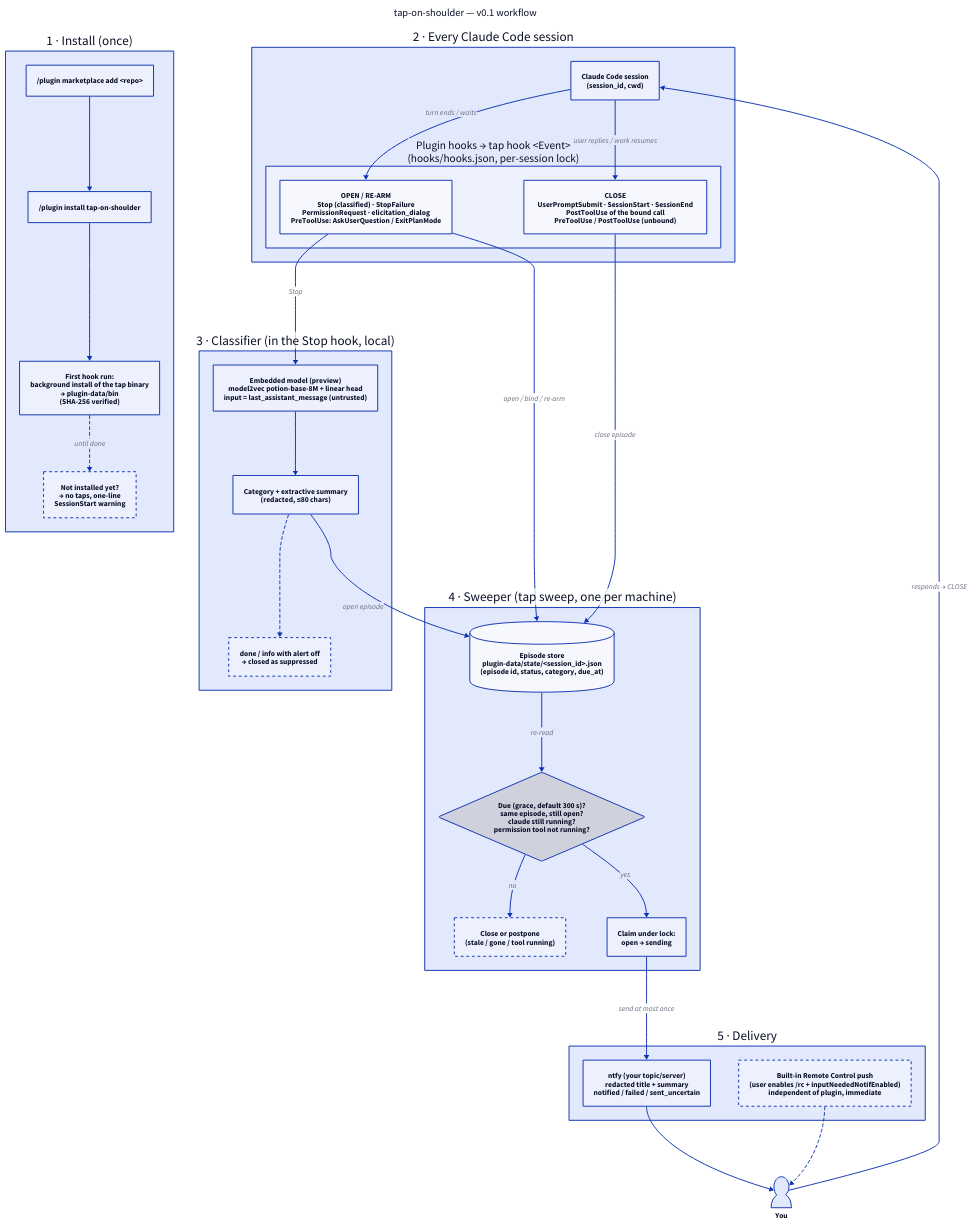
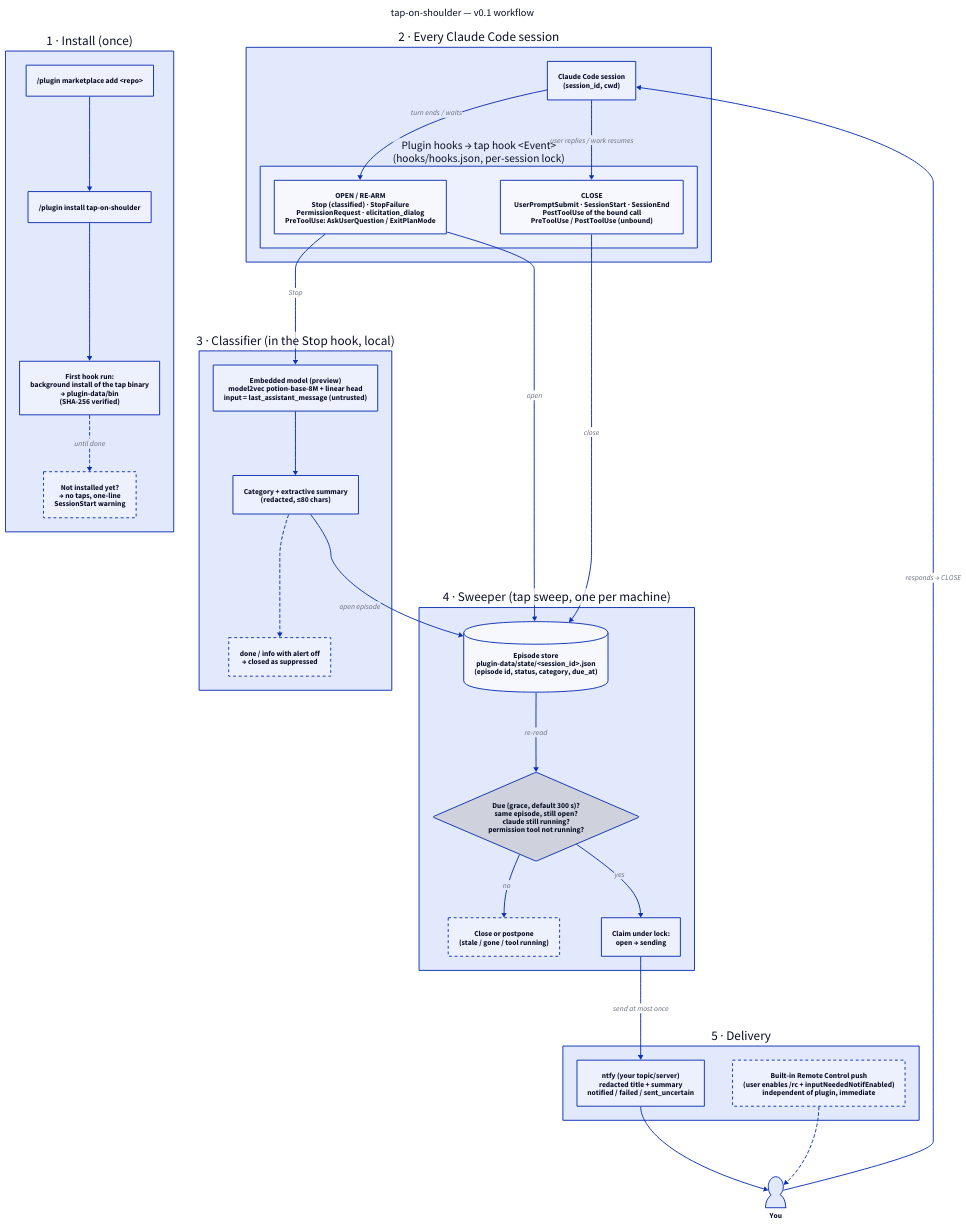
The diagram in docs/assets/workflow.d2 (karimQuant/tap-on-shoulder), drawn with D2 before and after one commit. The commit also changed 1 other file, not shown here.

Commit message:
docs: shorten overlapping workflow diagram labels

```diff
--- a/docs/assets/workflow.d2
+++ b/docs/assets/workflow.d2
@@ -1,56 +1,56 @@
 title: "tap-on-shoulder — v0.1 workflow" {near: top-center; shape: text; style.font-size: 22}
 direction: down
 
 install: "1 · Install (once)" {
   direction: right
   add: "/plugin marketplace add <repo>"
   inst: "/plugin install tap-on-shoulder"
   first: "First hook run:\nbackground install of the tap binary\n→ plugin-data/bin\n(SHA-256 verified)"
   fallback: "Not installed yet?\n→ no taps, one-line\nSessionStart warning" {style.stroke-dash: 3}
   add -> inst -> first
   first -> fallback: "until done" {style.stroke-dash: 3}
 }
 
 session: "2 · Every Claude Code session" {
   claude: "Claude Code session\n(session_id, cwd)" {shape: rectangle}
   hooks: "Plugin hooks → tap hook <Event>\n(hooks/hooks.json, per-session lock)" {
     arm: "OPEN / RE-ARM\nStop (classified) · StopFailure\nPermissionRequest · elicitation_dialog\nPreToolUse: AskUserQuestion / ExitPlanMode"
     disarm: "CLOSE\nUserPromptSubmit · SessionStart · SessionEnd\nPostToolUse of the bound call\nPreToolUse / PostToolUse (unbound)"
   }
   claude -> hooks.arm: "turn ends / waits"
   claude -> hooks.disarm: "user replies / work resumes"
 }
 
 classify: "3 · Classifier (in the Stop hook, local)" {
   model: "Embedded model (preview)\nmodel2vec potion-base-8M + linear head\ninput = last_assistant_message (untrusted)"
   out: "Category + extractive summary\n(redacted, ≤80 chars)"
   policy: "done / info with alert off\n→ closed as suppressed" {style.stroke-dash: 3}
   model -> out
   out -> policy: "" {style.stroke-dash: 3}
 }
 
 core: "4 · Sweeper (tap sweep, one per machine)" {
   state: "Episode store\nplugin-data/state/<session_id>.json\n(episode id, status, category, due_at)" {shape: cylinder}
   check: "Due (grace, default 300 s)?\nsame episode, still open?\nclaude still running?\npermission tool not running?" {shape: diamond}
   drop: "Close or postpone\n(stale / gone / tool running)" {style.stroke-dash: 3}
   claim: "Claim under lock:\nopen → sending"
   state -> check: "re-read"
   check -> drop: "no"
   check -> claim: "yes"
 }
 
 notify: "5 · Delivery" {
   ntfy: "ntfy (your topic/server)\nredacted title + summary\nnotified / failed / sent_uncertain"
   rc: "Built-in Remote Control push\n(user enables /rc + inputNeededNotifEnabled)\nindependent of plugin, immediate" {style.stroke-dash: 3}
 }
 
 user: "You" {shape: person}
 
 session.hooks.arm -> classify.model: "Stop"
 classify.out -> core.state: "open episode"
-session.hooks.arm -> core.state: "open / bind / re-arm"
-session.hooks.disarm -> core.state: "close episode"
+session.hooks.arm -> core.state: "open"
+session.hooks.disarm -> core.state: "close"
 core.claim -> notify.ntfy: "send at most once"
 notify.ntfy -> user
 notify.rc -> user: "" {style.stroke-dash: 3}
 user -> session.claude: "responds → CLOSE"
```
